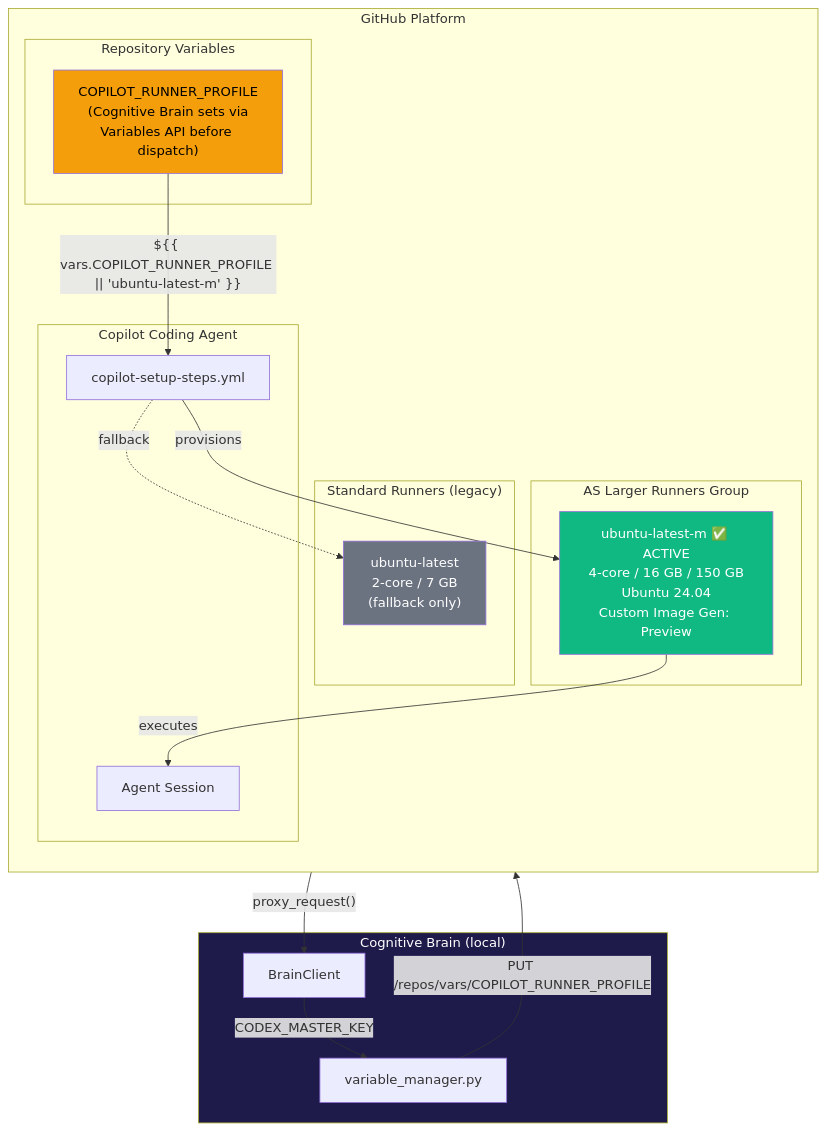
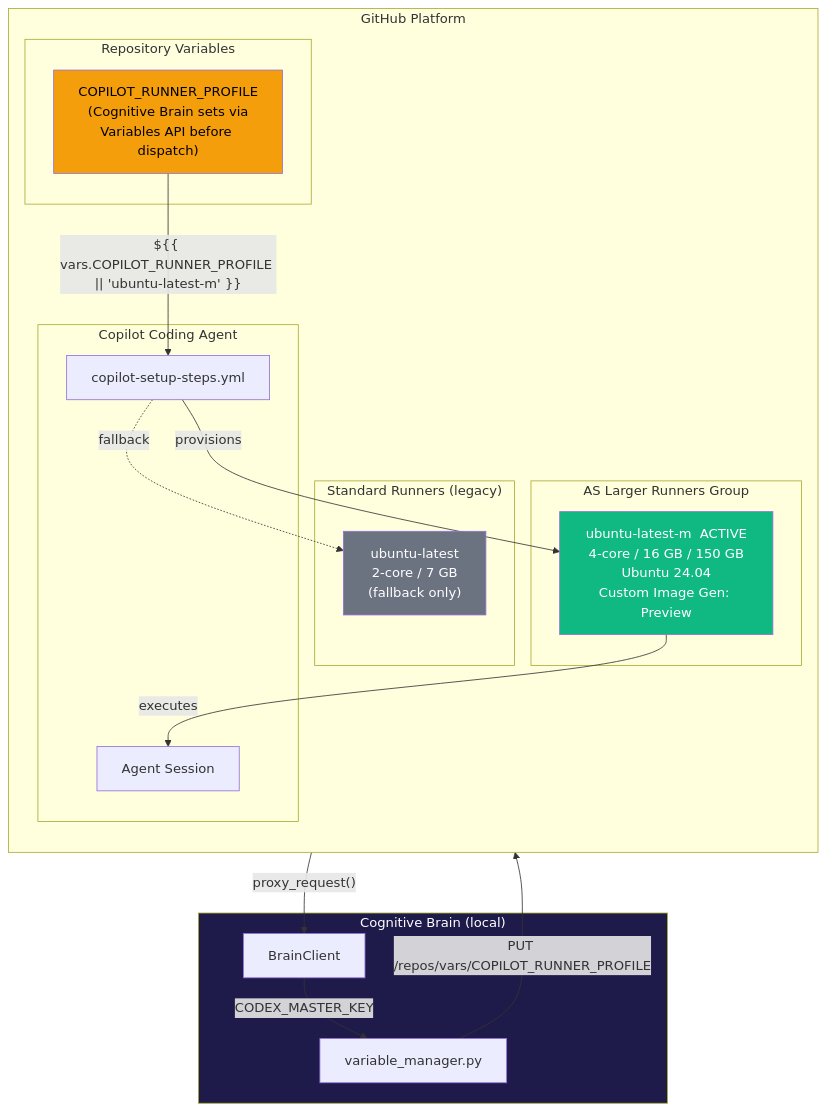
One commit to Aries-Serpent/_codex_ changed the first of 8 diagrams in docs/plans/larger-runners-upgrade.md. Above: the diagram before and after it, drawn with Mermaid. The commit also changed other lines of this file and 2029 other files, not shown here.

````diff
--- a/docs/plans/larger-runners-upgrade.md
+++ b/docs/plans/larger-runners-upgrade.md
@@ -52,37 +54,37 @@
 ```mermaid
 %%{init: {'accessibility': {'title': 'Diagram showing "GitHub Platform", "Copilot Coding Agent"'}}%%
 graph TB
     subgraph GitHub["GitHub Platform"]
         direction TB
         subgraph Copilot["Copilot Coding Agent"]
             CW[copilot-setup-steps.yml]
             AG[Agent Session]
         end
         subgraph Runners["AS Larger Runners Group"]
-            RM["ubuntu-latest-m ✅ ACTIVE\n4-core / 16 GB / 150 GB\nUbuntu 24.04\nCustom Image Gen: Preview"]
+            RM["ubuntu-latest-m  ACTIVE\n4-core / 16 GB / 150 GB\nUbuntu 24.04\nCustom Image Gen: Preview"]
         end
         subgraph Legacy["Standard Runners (legacy)"]
             R0["ubuntu-latest\n2-core / 7 GB\n(fallback only)"]
         end
         subgraph RepoVars["Repository Variables"]
             RV["COPILOT_RUNNER_PROFILE\n(Cognitive Brain sets via\nVariables API before dispatch)"]
         end
     end
     subgraph CognitiveBrain["Cognitive Brain (local)"]
         BC[BrainClient]
         VM[variable_manager.py]
     end
 
     RV -->|"${{ vars.COPILOT_RUNNER_PROFILE || 'ubuntu-latest-m' }}"| CW
     CW -->|provisions| RM
     CW -.fallback.-> R0
     RM -->|executes| AG
     AG -->|"proxy_request()"| BC
     BC -->|"CODEX_MASTER_KEY"| VM
     VM -->|"PUT /repos/vars/COPILOT_RUNNER_PROFILE"| RV
 
     style RM fill:#10b981,color:#fff
     style R0 fill:#6b7280,color:#fff
     style RV fill:#f59e0b,color:#000
     style CognitiveBrain fill:#1e1b4b,color:#fff
 ```
````
